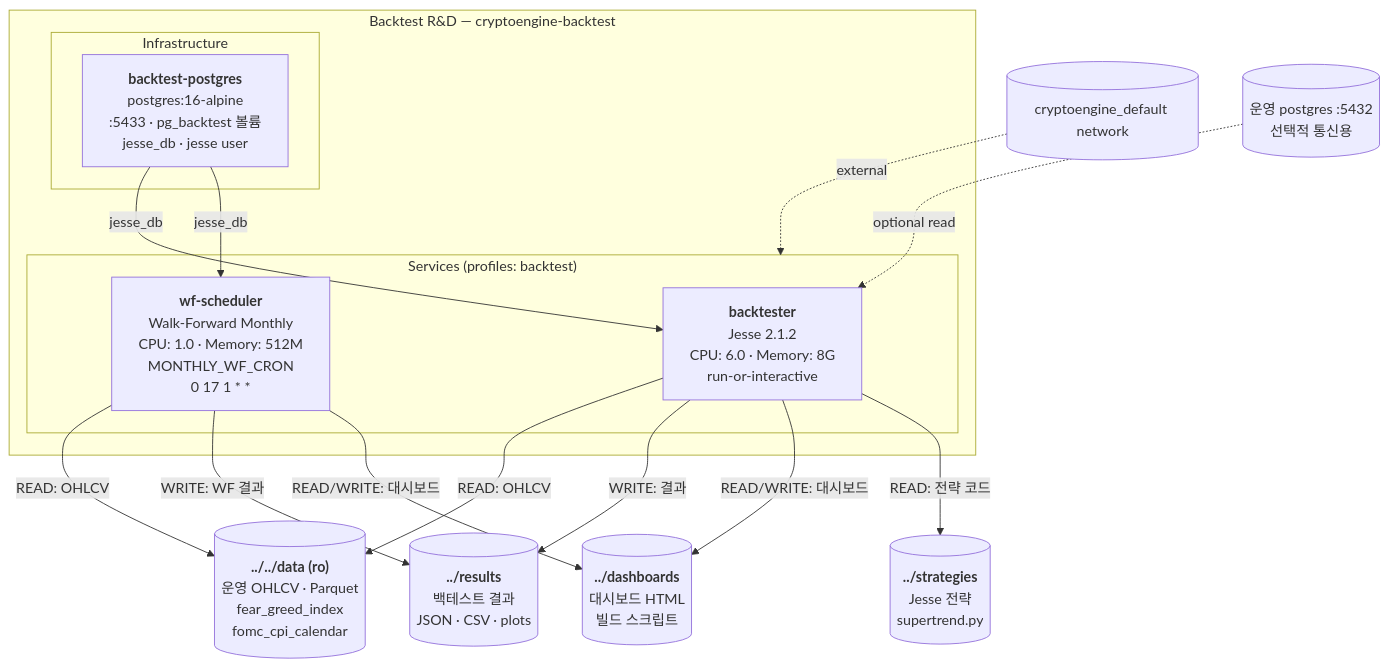
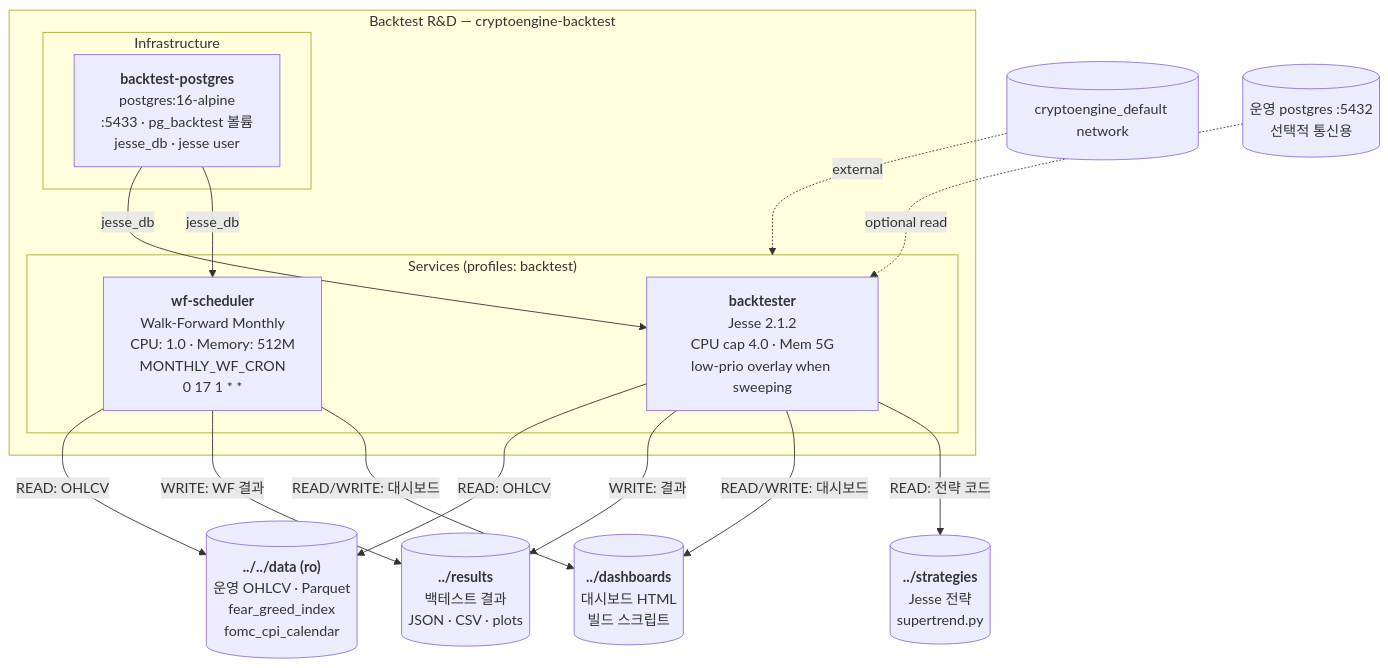
One commit to Justant-source/Bit-Mania changed the second of 3 diagrams in docs/20-containers/containers.md. Above: the diagram before and after it, drawn with Mermaid. The commit also changed other lines of this file and 8 other files, not shown here.

````diff
--- a/docs/20-containers/containers.md
+++ b/docs/20-containers/containers.md
@@ -132,35 +131,35 @@
 ```mermaid
 flowchart TB
   subgraph backtest["Backtest R&D — cryptoengine-backtest"]
     subgraph bt_infra["Infrastructure"]
       bt_pg["<b>backtest-postgres</b><br/>postgres:16-alpine<br/>:5433 · pg_backtest 볼륨<br/>jesse_db · jesse user"]
     end
 
     subgraph bt_svc["Services (profiles: backtest)"]
-      backtester["<b>backtester</b><br/>Jesse 2.1.2<br/>CPU: 6.0 · Memory: 8G<br/>run-or-interactive"]
+      backtester["<b>backtester</b><br/>Jesse 2.1.2<br/>CPU cap 4.0 · Mem 5G<br/>low-prio overlay when sweeping"]
       wf_sched["<b>wf-scheduler</b><br/>Walk-Forward Monthly<br/>CPU: 1.0 · Memory: 512M<br/>MONTHLY_WF_CRON<br/>0 17 1 * *"]
     end
   end
 
   data_vol[("<b>../../data (ro)</b><br/>운영 OHLCV · Parquet<br/>fear_greed_index<br/>fomc_cpi_calendar")]
   results_vol[("<b>../results</b><br/>백테스트 결과<br/>JSON · CSV · plots")]
   dashboards_vol[("<b>../dashboards</b><br/>대시보드 HTML<br/>빌드 스크립트")]
   strategies_vol[("<b>../strategies</b><br/>Jesse 전략<br/>supertrend.py")]
 
   backtester -->|"READ: OHLCV"| data_vol
   backtester -->|"WRITE: 결과"| results_vol
   backtester -->|"READ/WRITE: 대시보드"| dashboards_vol
   backtester -->|"READ: 전략 코드"| strategies_vol
 
   wf_sched -->|"READ: OHLCV"| data_vol
   wf_sched -->|"WRITE: WF 결과"| results_vol
   wf_sched -->|"READ/WRITE: 대시보드"| dashboards_vol
 
   bt_pg -->|"jesse_db"| backtester
   bt_pg -->|"jesse_db"| wf_sched
 
   ce_net[("cryptoengine_default network")]
   ce_pg[("운영 postgres :5432<br/>선택적 통신용")]
   ce_net -.->|"external"| bt_svc
   ce_pg -.->|"optional read"| backtester
 ```
````
